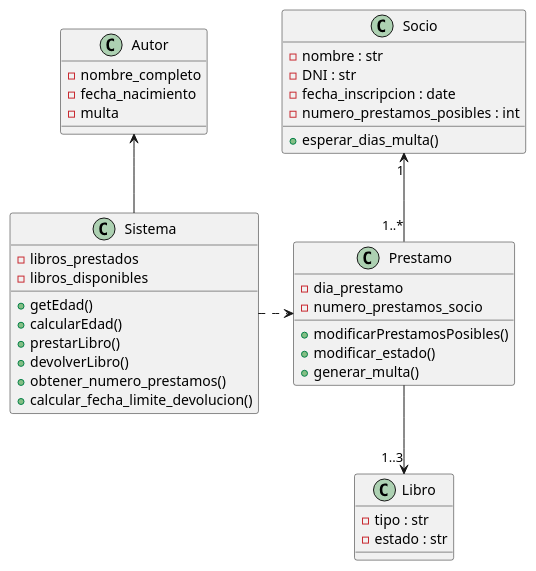
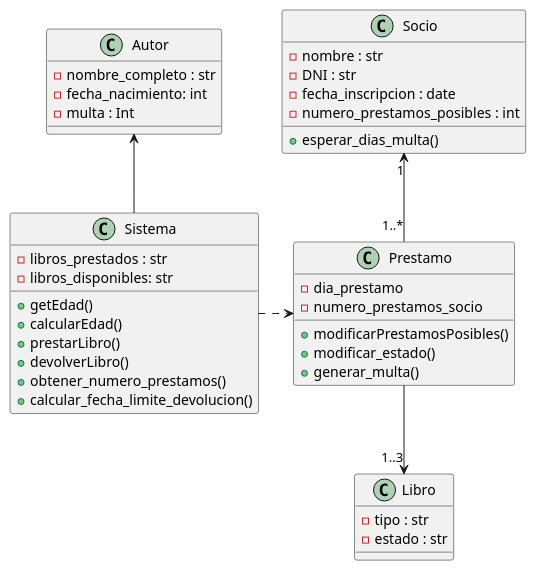
One commit to IES-Rafael-Alberti/2526-u3-3-1-diagramaclases-oscargarciajaen changed the diagram in src/Ej6_DiagramaClases_Biblioteca_sol.md. Above: the diagram before and after it, drawn with PlantUML. The commit also changed other lines of this file and 1 other file, not shown here.

```diff
--- a/src/Ej6_DiagramaClases_Biblioteca_sol.md
+++ b/src/Ej6_DiagramaClases_Biblioteca_sol.md
@@ -58,46 +61,46 @@
     @startuml Ejercicio6
 
     class Libro{
         - tipo : str
         - estado : str
     }
 
     class Autor{
-        - nombre_completo
-        - fecha_nacimiento
-        - multa
+        - nombre_completo : str
+        - fecha_nacimiento: int
+        - multa : Int
     }
 
     class Sistema {
-        - libros_prestados
-        - libros_disponibles
+        - libros_prestados : str
+        - libros_disponibles: str
         + getEdad()
         + calcularEdad()
         + prestarLibro()
         + devolverLibro()
         + obtener_numero_prestamos()
         + calcular_fecha_limite_devolucion()
     }
 
     class Socio {
         - nombre : str
         - DNI : str
         - fecha_inscripcion : date
         - numero_prestamos_posibles : int
         + esperar_dias_multa()
     }
 
     class Prestamo {
         - dia_prestamo
         - numero_prestamos_socio 
         + modificarPrestamosPosibles()
         + modificar_estado()
         + generar_multa()
     }
 
     Autor <-- Sistema 
     Socio "1" <-- "1..*" Prestamo
     Prestamo --> "1..3" Libro  
     Sistema .> Prestamo 
 
     @enduml
```
